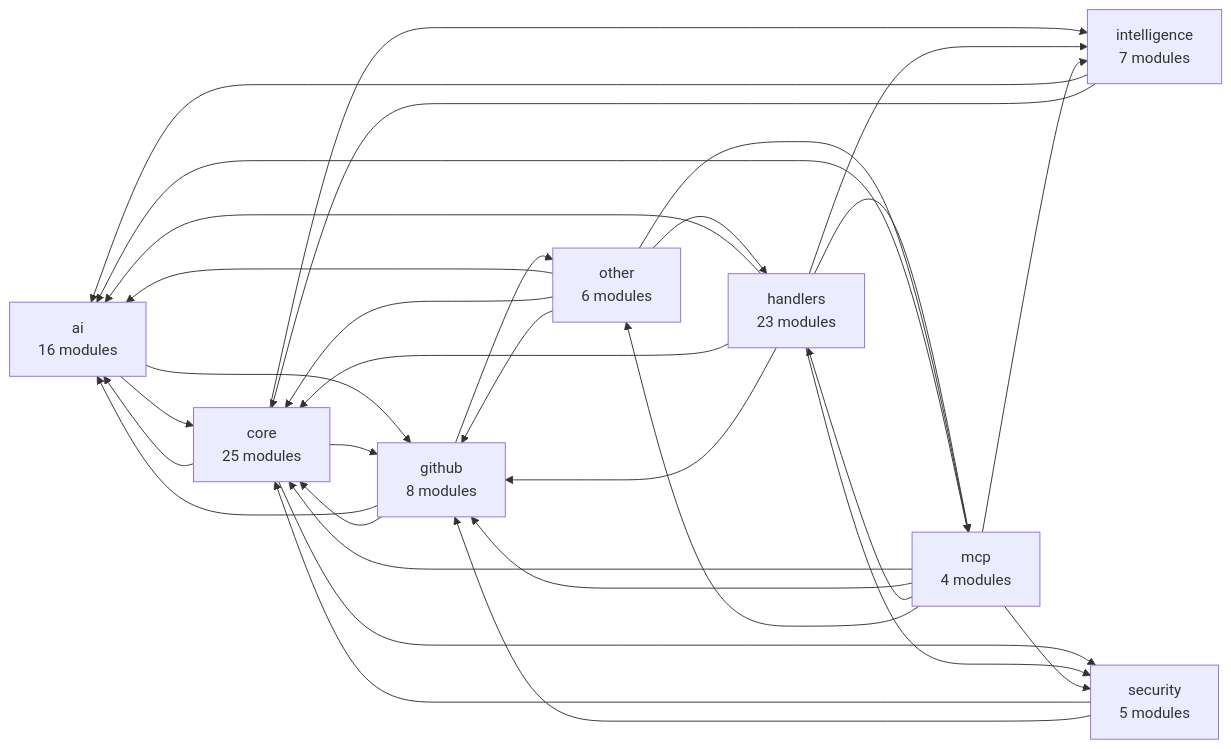
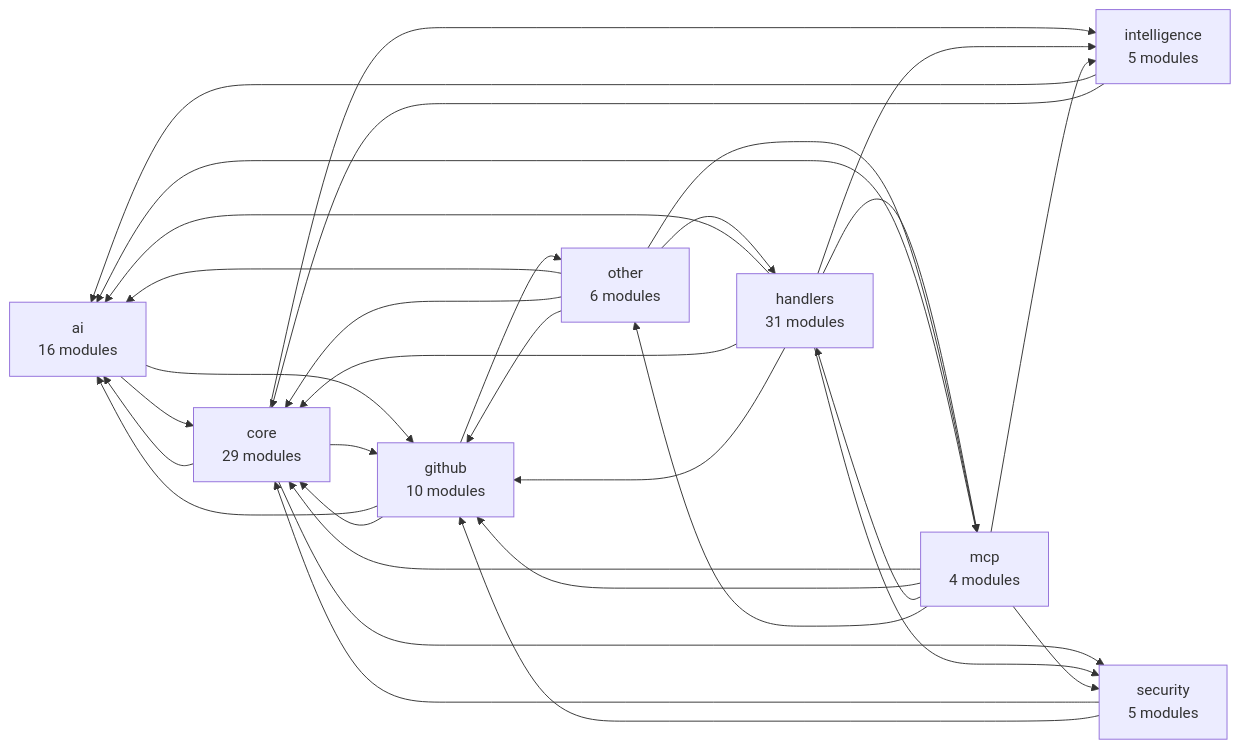
The second of 2 diagrams in data/readmes/Shweta-Mishra-ai__github-autopilot.md (zqf20096327/ai_collect), drawn with Mermaid before and after one commit. The commit also changed other lines of this file and 1934 other files, not shown here.

````diff
--- a/data/readmes/Shweta-Mishra-ai__github-autopilot.md
+++ b/data/readmes/Shweta-Mishra-ai__github-autopilot.md
@@ -400,42 +410,42 @@
 ```mermaid
 graph LR
     ai["ai<br/>16 modules"]
-    core["core<br/>25 modules"]
-    github["github<br/>8 modules"]
-    handlers["handlers<br/>23 modules"]
-    intelligence["intelligence<br/>7 modules"]
+    core["core<br/>29 modules"]
+    github["github<br/>10 modules"]
+    handlers["handlers<br/>31 modules"]
+    intelligence["intelligence<br/>5 modules"]
     mcp["mcp<br/>4 modules"]
     other["other<br/>6 modules"]
     security["security<br/>5 modules"]
     ai --> core
     ai --> github
     core --> ai
     core --> github
     core --> intelligence
     core --> security
     github --> ai
     github --> core
     github --> other
     handlers --> ai
     handlers --> core
     handlers --> github
     handlers --> intelligence
     handlers --> mcp
     handlers --> security
     intelligence --> ai
     intelligence --> core
     mcp --> ai
     mcp --> core
     mcp --> github
     mcp --> handlers
     mcp --> intelligence
     mcp --> other
     mcp --> security
     other --> ai
     other --> core
     other --> github
     other --> handlers
     other --> mcp
     security --> core
     security --> github
 ```
````
